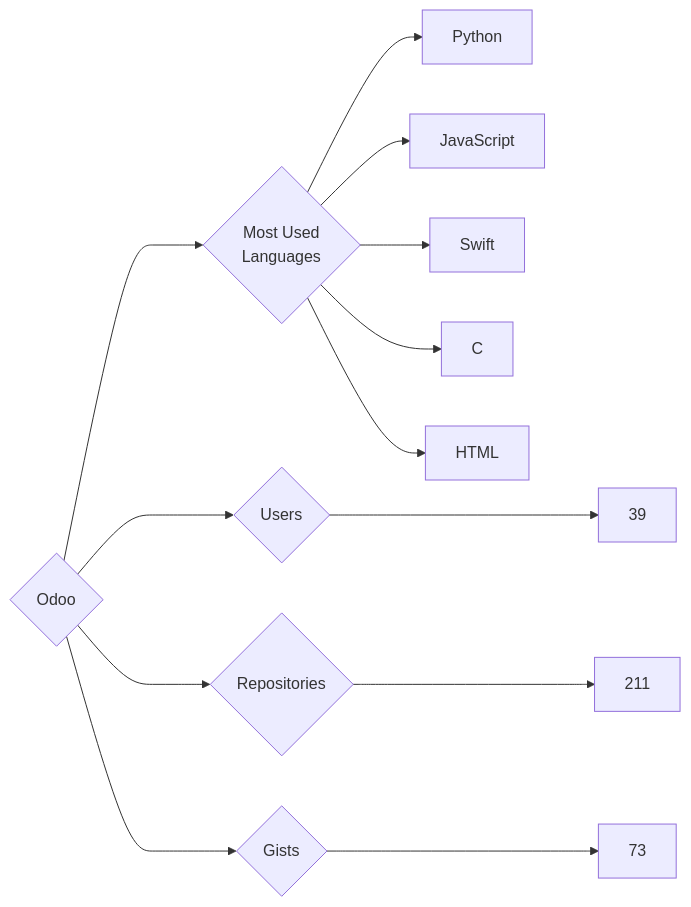
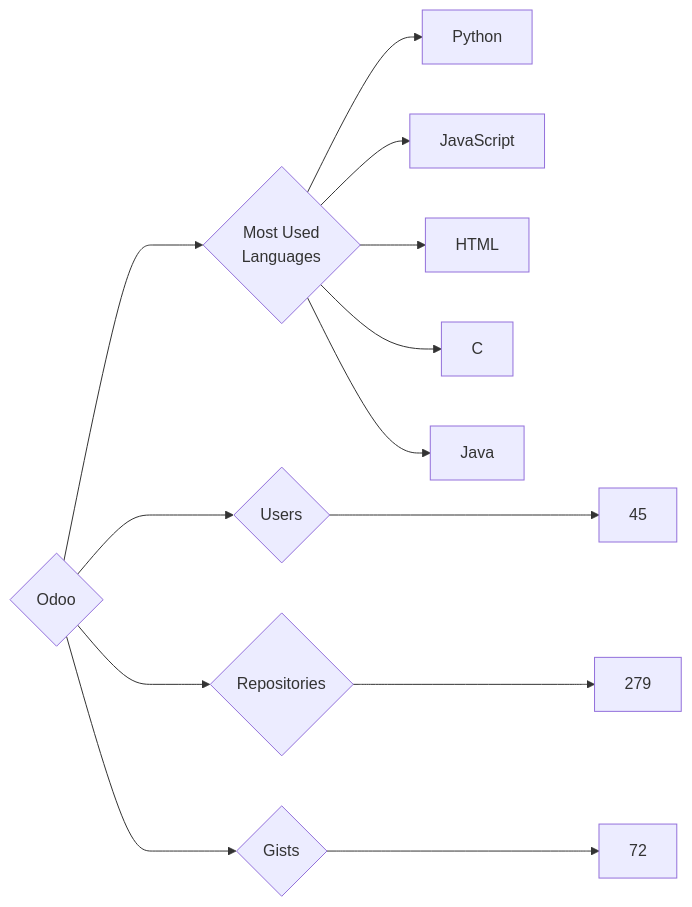
Before and after one commit to trickest/insiders: the diagram in targets/Odoo/README.md, drawn with Mermaid. The commit also changed 976 other files, not shown here.

````diff
--- a/targets/Odoo/README.md
+++ b/targets/Odoo/README.md
@@ -3,13 +3,13 @@
 ```mermaid
 graph LR
 COMPANY_NAME{Odoo}
-COMPANY_NAME ---> U{Users} ---> UN[39]
-COMPANY_NAME ---> R{Repositories} ---> RN[211]
-COMPANY_NAME ---> G{Gists} ---> GN[73]
+COMPANY_NAME ---> U{Users} ---> UN[45]
+COMPANY_NAME ---> R{Repositories} ---> RN[279]
+COMPANY_NAME ---> G{Gists} ---> GN[72]
 COMPANY_NAME ---> ML{Most Used<br>Languages}
 ML --> Python[Python]
 ML --> JavaScript[JavaScript]
-ML --> Swift[Swift]
+ML --> HTML[HTML]
 ML --> C[C]
-ML --> HTML[HTML]
+ML --> Java[Java]
 ```
````
